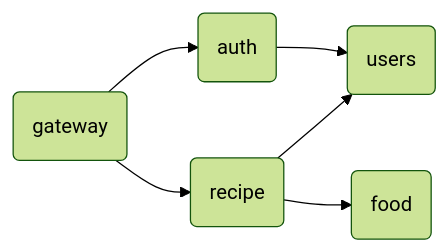
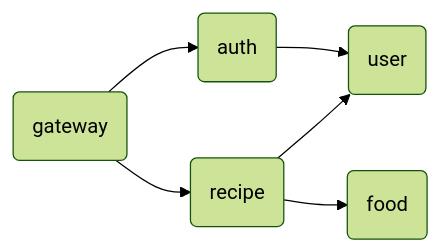
The diagram in README.md (moromin/PFC-balancer), drawn with Mermaid (forest theme) before and after one commit.

Commit message:
docs: modify users -> user

````diff
--- a/README.md
+++ b/README.md
@@ -3,8 +3,8 @@
 ```mermaid
 graph LR;
     A(gateway) --> B(auth)
     A(gateway) --> C(recipe)
-    B --> D(users)
+    B --> D(user)
     C --> D
     C --> E(food)
 ```
````
